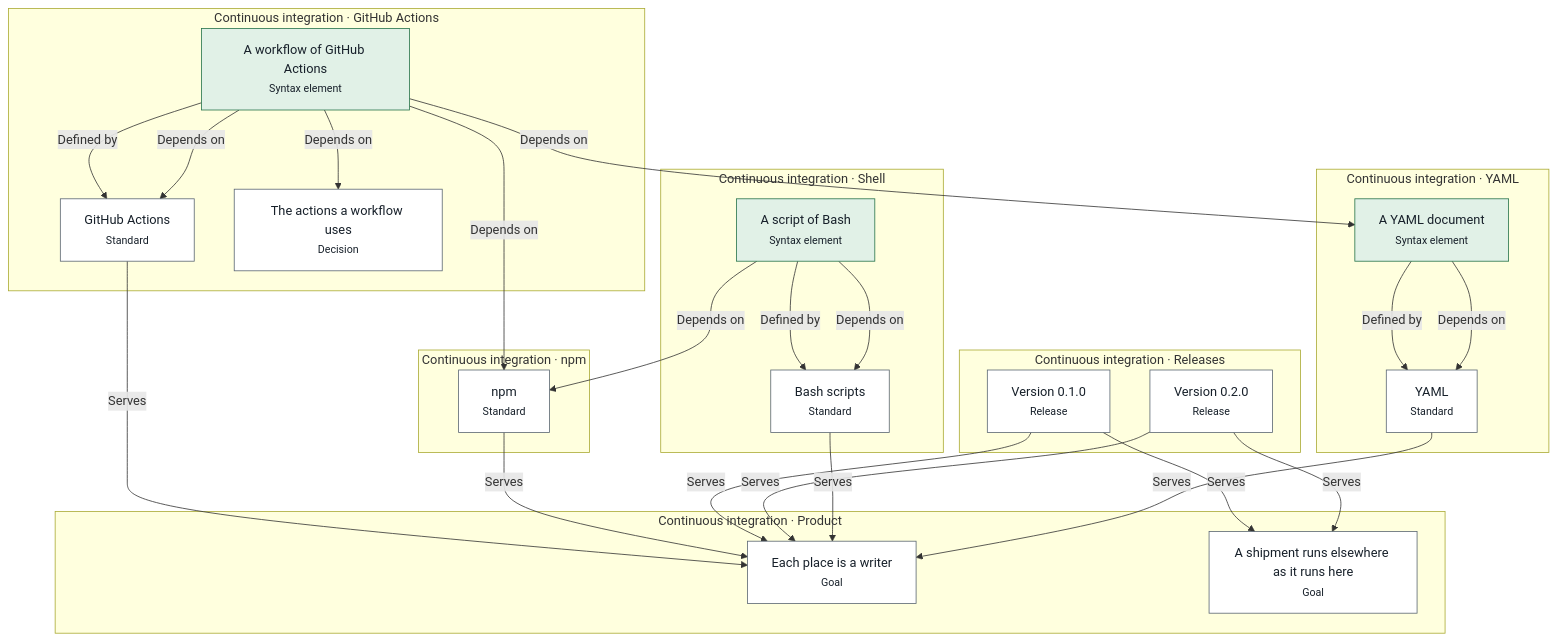
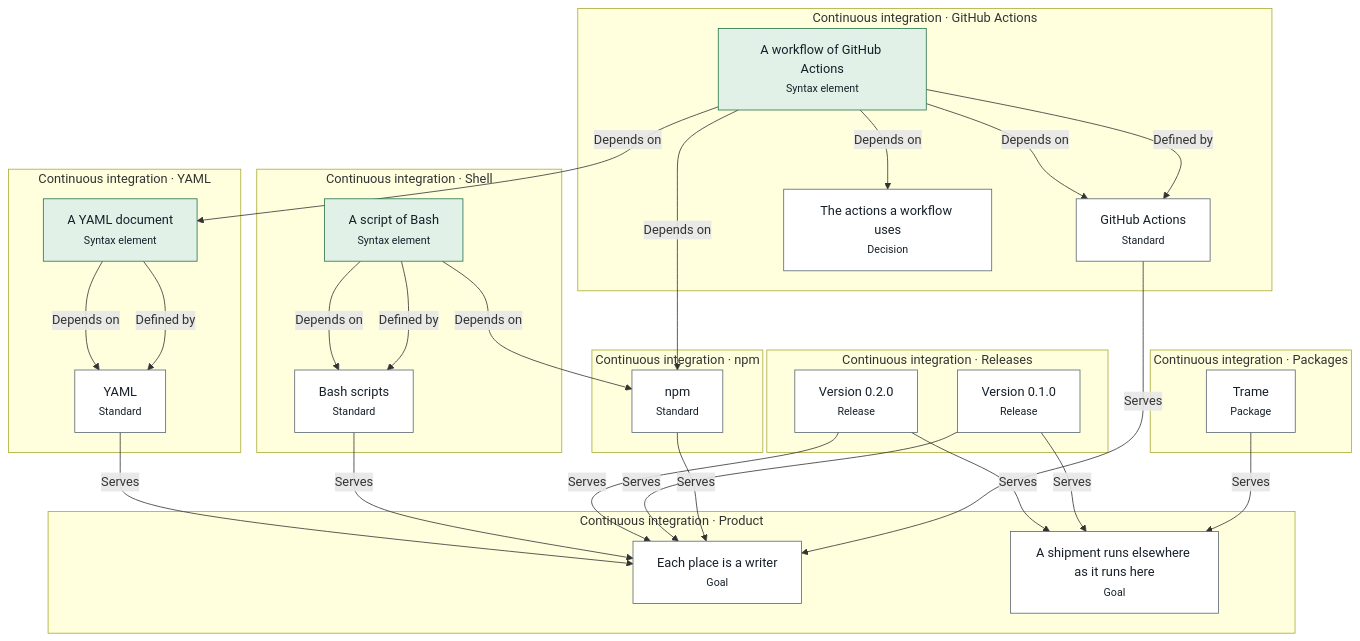
One commit to advancedcognitivesystems-ai/trame changed the diagram in ci/docs/layers.md. Above: the diagram before and after it, drawn with Mermaid. The commit also changed 36 other files, not shown here.

First line of the commit message:
References in the graph: Trame (std 0.13.0), geometry and ci derive their configuration

````diff
--- a/ci/docs/layers.md
+++ b/ci/docs/layers.md
@@ -5,50 +5,54 @@
 ```mermaid
 flowchart TB
   subgraph github["Continuous integration · GitHub Actions"]
     n0["GitHub Actions<br/><small>Standard</small>"]:::neutral
     n1["A workflow of GitHub Actions<br/><small>Syntax element</small>"]:::held
     n2["The actions a workflow uses<br/><small>Decision</small>"]:::neutral
   end
   subgraph npm["Continuous integration · npm"]
     n3["npm<br/><small>Standard</small>"]:::neutral
   end
+  subgraph packages["Continuous integration · Packages"]
+    n4["Trame<br/><small>Package</small>"]:::neutral
+  end
   subgraph product["Continuous integration · Product"]
-    n4["Each place is a writer<br/><small>Goal</small>"]:::neutral
-    n5["A shipment runs elsewhere as it runs here<br/><small>Goal</small>"]:::neutral
+    n5["Each place is a writer<br/><small>Goal</small>"]:::neutral
+    n6["A shipment runs elsewhere as it runs here<br/><small>Goal</small>"]:::neutral
   end
   subgraph releases["Continuous integration · Releases"]
-    n6["Version 0.1.0<br/><small>Release</small>"]:::neutral
-    n7["Version 0.2.0<br/><small>Release</small>"]:::neutral
+    n7["Version 0.1.0<br/><small>Release</small>"]:::neutral
+    n8["Version 0.2.0<br/><small>Release</small>"]:::neutral
   end
   subgraph shell["Continuous integration · Shell"]
-    n8["Bash scripts<br/><small>Standard</small>"]:::neutral
-    n9["A script of Bash<br/><small>Syntax element</small>"]:::held
+    n9["Bash scripts<br/><small>Standard</small>"]:::neutral
+    n10["A script of Bash<br/><small>Syntax element</small>"]:::held
   end
   subgraph yaml["Continuous integration · YAML"]
-    n10["YAML<br/><small>Standard</small>"]:::neutral
-    n11["A YAML document<br/><small>Syntax element</small>"]:::held
+    n11["YAML<br/><small>Standard</small>"]:::neutral
+    n12["A YAML document<br/><small>Syntax element</small>"]:::held
   end
-  n0 -->|Serves| n4
+  n0 -->|Serves| n5
   n1 -->|Defined by| n0
   n1 -->|Depends on| n0
-  n1 -->|Depends on| n11
+  n1 -->|Depends on| n12
   n1 -->|Depends on| n3
   n1 -->|Depends on| n2
-  n3 -->|Serves| n4
-  n6 -->|Serves| n4
-  n6 -->|Serves| n5
-  n7 -->|Serves| n4
+  n3 -->|Serves| n5
+  n4 -->|Serves| n6
   n7 -->|Serves| n5
-  n8 -->|Serves| n4
-  n9 -->|Defined by| n8
-  n9 -->|Depends on| n8
-  n9 -->|Depends on| n3
-  n10 -->|Serves| n4
-  n11 -->|Defined by| n10
-  n11 -->|Depends on| n10
+  n7 -->|Serves| n6
+  n8 -->|Serves| n5
+  n8 -->|Serves| n6
+  n9 -->|Serves| n5
+  n10 -->|Defined by| n9
+  n10 -->|Depends on| n9
+  n10 -->|Depends on| n3
+  n11 -->|Serves| n5
+  n12 -->|Defined by| n11
+  n12 -->|Depends on| n11
   classDef held fill:#e1f1e7,stroke:#26734a,color:#17202a
   classDef blocked fill:#fbf0d9,stroke:#9a6200,color:#17202a
   classDef violated fill:#f9e3e1,stroke:#ad2a22,color:#17202a
   classDef unknown fill:#e9edf0,stroke:#65707c,color:#17202a
   classDef neutral fill:#ffffff,stroke:#5a6672,color:#17202a
 ```
````
